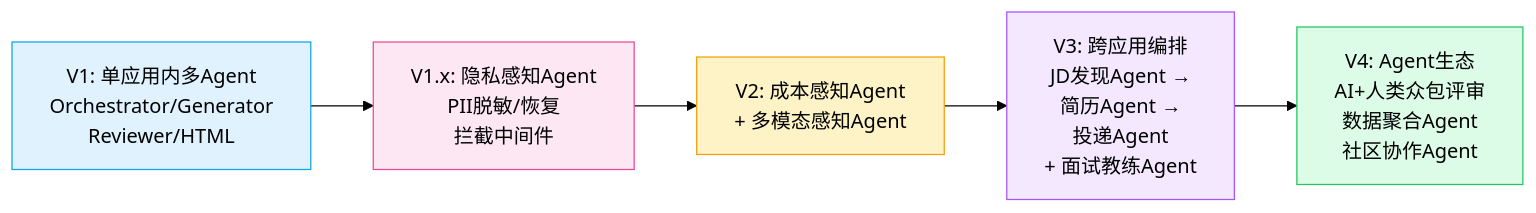
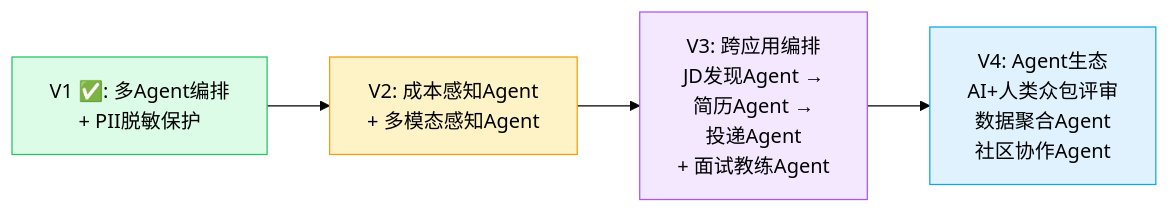
The eighth of 8 diagrams in README.md (wukun2005-gif/resumeTailor), drawn with Mermaid (forest theme) before and after one commit. The commit also changed other lines of this file and 9 other files, not shown here.

````diff
--- a/README.md
+++ b/README.md
@@ -580,13 +711,11 @@
 ```mermaid
 flowchart LR
-    V1["V1: 单应用内多Agent<br/>Orchestrator/Generator<br/>Reviewer/HTML"] --> V1X["V1.x: 隐私感知Agent<br/>PII脱敏/恢复<br/>拦截中间件"]
-    V1X --> V2["V2: 成本感知Agent<br/>+ 多模态感知Agent"]
+    V1["V1 ✅: 多Agent编排<br/>+ PII脱敏保护"] --> V2["V2: 成本感知Agent<br/>+ 多模态感知Agent"]
     V2 --> V3["V3: 跨应用编排<br/>JD发现Agent →<br/>简历Agent →<br/>投递Agent<br/>+ 面试教练Agent"]
     V3 --> V4["V4: Agent生态<br/>AI+人类众包评审<br/>数据聚合Agent<br/>社区协作Agent"]
 
-    style V1 fill:#e0f2fe,stroke:#0ea5e9
-    style V1X fill:#fce7f3,stroke:#ec4899
+    style V1 fill:#dcfce7,stroke:#22c55e
     style V2 fill:#fef3c7,stroke:#f59e0b
     style V3 fill:#f3e8ff,stroke:#a855f7
-    style V4 fill:#dcfce7,stroke:#22c55e
+    style V4 fill:#e0f2fe,stroke:#0ea5e9
 ```
````
